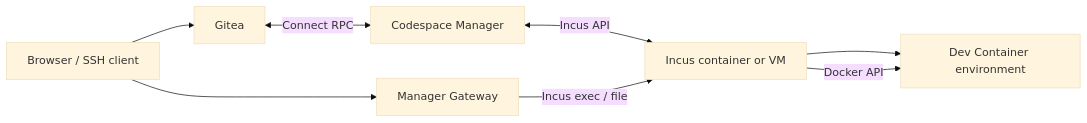
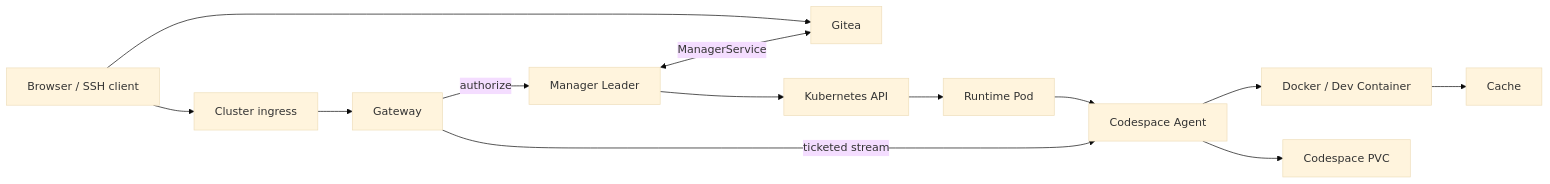
Before and after one commit to ExplodingDragon/gitea-dev: the diagram in src/README.md, drawn with Mermaid (base theme). The commit also changed other lines of this file and 18 other files, not shown here.

````diff
--- a/src/README.md
+++ b/src/README.md
@@ -26,10 +29,15 @@
 ```mermaid
 flowchart LR
-    Browser[Browser / SSH client] --> G[Gitea]
-    Browser --> GW[Manager Gateway]
-    G <-->|Connect RPC| M[Codespace Manager]
-    M <-->|Incus API| I[Incus container or VM]
-    I --> D[Dev Container environment]
-    GW -->|Incus exec / file| I
-    I -->|Docker API| D
+    U[Browser / SSH client] --> G[Gitea]
+    U --> I[Cluster ingress]
+    I --> W[Gateway]
+    W -->|authorize| M[Manager Leader]
+    M <-->|ManagerService| G
+    M --> K[Kubernetes API]
+    K --> P[Runtime Pod]
+    P --> A[Codespace Agent]
+    A --> D[Docker / Dev Container]
+    A --> V[Codespace PVC]
+    W -->|ticketed stream| A
+    D --> C[Cache]
 ```
````
